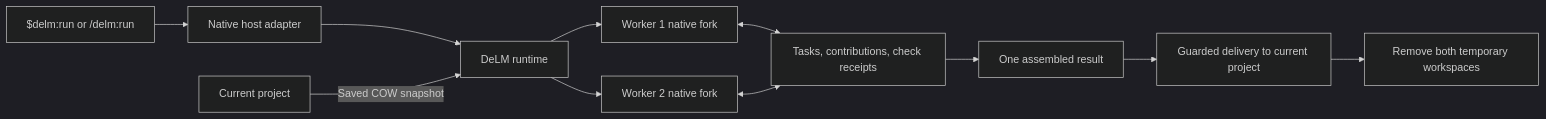
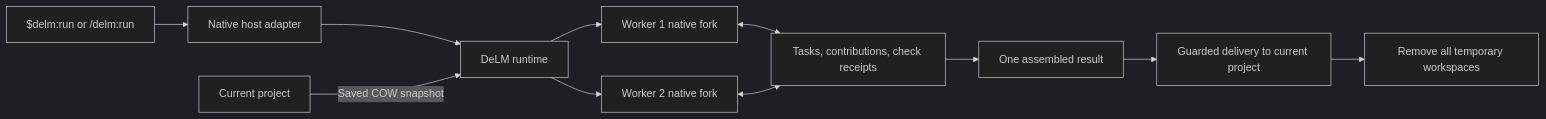
Before and after one commit to Decentralized-LM/delm-agent-plugin: the diagram in docs/architecture.md, drawn with Mermaid (dark theme). The commit also changed other lines of this file and 26 other files, not shown here.

````diff
--- a/docs/architecture.md
+++ b/docs/architecture.md
@@ -5,13 +5,13 @@
 ```mermaid
 flowchart LR
   User["$delm:run or /delm:run"] --> Adapter[Native host adapter]
   Adapter --> Runtime[DeLM runtime]
   Original[Current project] -->|Saved COW snapshot| Runtime
   Runtime --> W1[Worker 1 native fork]
   Runtime --> W2[Worker 2 native fork]
   W1 <--> Board[Tasks, contributions, check receipts]
   W2 <--> Board
   Board --> Result[One assembled result]
   Result --> Delivery[Guarded delivery to current project]
-  Delivery --> Cleanup[Remove both temporary workspaces]
+  Delivery --> Cleanup[Remove all temporary workspaces]
 ```
````
